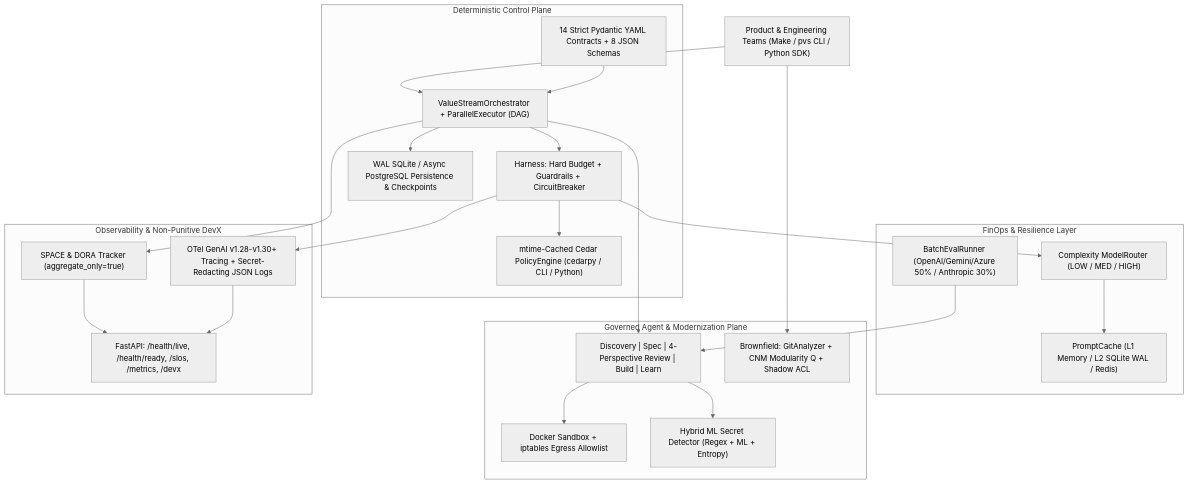
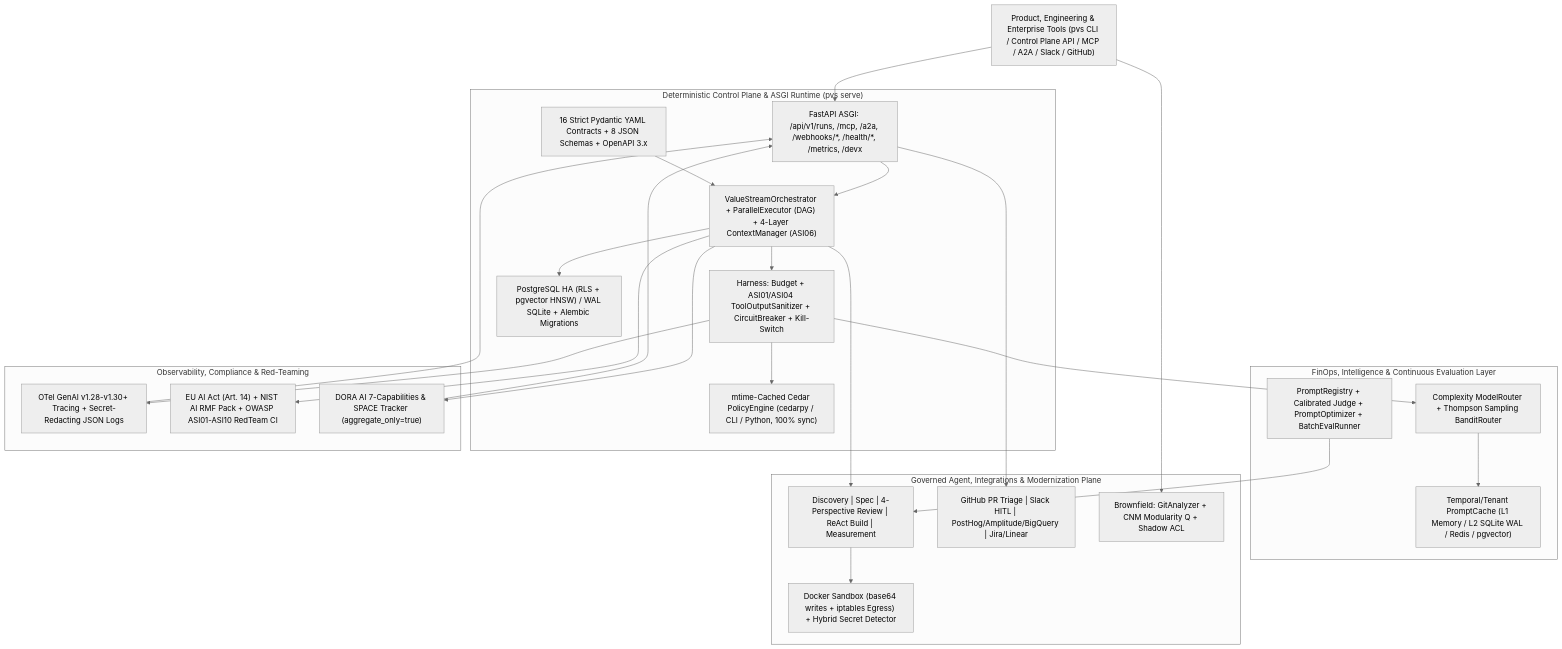
Before and after one commit to vfcarida/AI-Native-Product-Value-System: the diagram in README.md, drawn with Mermaid (neutral theme). The commit also changed other lines of this file and 29 other files, not shown here.

````diff
--- a/README.md
+++ b/README.md
@@ -37,48 +37,51 @@
 ```mermaid
 flowchart TB
-    Dev["Product & Engineering Teams (Make / pvs CLI / Python SDK)"]
+    Dev["Product, Engineering & Enterprise Tools (pvs CLI / Control Plane API / MCP / A2A / Slack / GitHub)"]
 
-    subgraph Control["Deterministic Control Plane"]
-        Orch["ValueStreamOrchestrator + ParallelExecutor (DAG)"]
-        Contracts["14 Strict Pydantic YAML Contracts + 8 JSON Schemas"]
-        Harness["Harness: Hard Budget + Guardrails + CircuitBreaker"]
-        Policy["mtime-Cached Cedar PolicyEngine (cedarpy / CLI / Python)"]
-        DB["WAL SQLite / Async PostgreSQL Persistence & Checkpoints"]
+    subgraph Control["Deterministic Control Plane & ASGI Runtime (pvs serve)"]
+        API["FastAPI ASGI: /api/v1/runs, /mcp, /a2a, /webhooks/*, /health/*, /metrics, /devx"]
+        Orch["ValueStreamOrchestrator + ParallelExecutor (DAG) + 4-Layer ContextManager (ASI06)"]
+        Contracts["16 Strict Pydantic YAML Contracts + 8 JSON Schemas + OpenAPI 3.x"]
+        Harness["Harness: Budget + ASI01/ASI04 ToolOutputSanitizer + CircuitBreaker + Kill-Switch"]
+        Policy["mtime-Cached Cedar PolicyEngine (cedarpy / CLI / Python, 100% sync)"]
+        DB["PostgreSQL HA (RLS + pgvector HNSW) / WAL SQLite + Alembic Migrations"]
     end
 
-    subgraph FinOps["FinOps & Resilience Layer"]
-        Router["Complexity ModelRouter (LOW / MED / HIGH)"]
-        Cache["PromptCache (L1 Memory / L2 SQLite WAL / Redis)"]
-        Batch["BatchEvalRunner (OpenAI/Gemini/Azure 50% / Anthropic 30%)"]
+    subgraph FinOps["FinOps, Intelligence & Continuous Evaluation Layer"]
+        Router["Complexity ModelRouter + Thompson Sampling BanditRouter"]
+        Cache["Temporal/Tenant PromptCache (L1 Memory / L2 SQLite WAL / Redis / pgvector)"]
+        Eval["PromptRegistry + Calibrated Judge + PromptOptimizer + BatchEvalRunner"]
     end
 
-    subgraph Agents["Governed Agent & Modernization Plane"]
-        Pipeline["Discovery | Spec | 4-Perspective Review | Build | Learn"]
+    subgraph Agents["Governed Agent, Integrations & Modernization Plane"]
+        Pipeline["Discovery | Spec | 4-Perspective Review | ReAct Build | Measurement"]
+        Integrations["GitHub PR Triage | Slack HITL | PostHog/Amplitude/BigQuery | Jira/Linear"]
         Brownfield["Brownfield: GitAnalyzer + CNM Modularity Q + Shadow ACL"]
-        Sandbox["Docker Sandbox + iptables Egress Allowlist"]
-        Secret["Hybrid ML Secret Detector (Regex + ML + Entropy)"]
+        Sandbox["Docker Sandbox (base64 writes + iptables Egress) + Hybrid Secret Detector"]
     end
 
-    subgraph Obs["Observability & Non-Punitive DevX"]
+    subgraph Gov["Observability, Compliance & Red-Teaming"]
         OTel["OTel GenAI v1.28-v1.30+ Tracing + Secret-Redacting JSON Logs"]
-        HTTP["FastAPI: /health/live, /health/ready, /slos, /metrics, /devx"]
-        DevX["SPACE & DORA Tracker (aggregate_only=true)"]
+        Compliance["EU AI Act (Art. 14) + NIST AI RMF Pack + OWASP ASI01-ASI10 RedTeam CI"]
+        DevX["DORA AI 7-Capabilities & SPACE Tracker (aggregate_only=true)"]
     end
 
-    Dev --> Orch
+    Dev --> API
+    API --> Orch
     Contracts --> Orch
     Orch --> Harness
     Harness --> Policy
     Harness --> Router
     Router --> Cache
     Orch --> Pipeline
     Orch --> DB
     Pipeline --> Sandbox
-    Pipeline --> Secret
+    API --> Integrations
     Dev --> Brownfield
-    Batch --> Pipeline
+    Eval --> Pipeline
     Harness --> OTel
     Orch --> DevX
-    DevX --> HTTP
-    OTel --> HTTP
+    Orch --> Compliance
+    DevX --> API
+    OTel --> API
 ```
````
